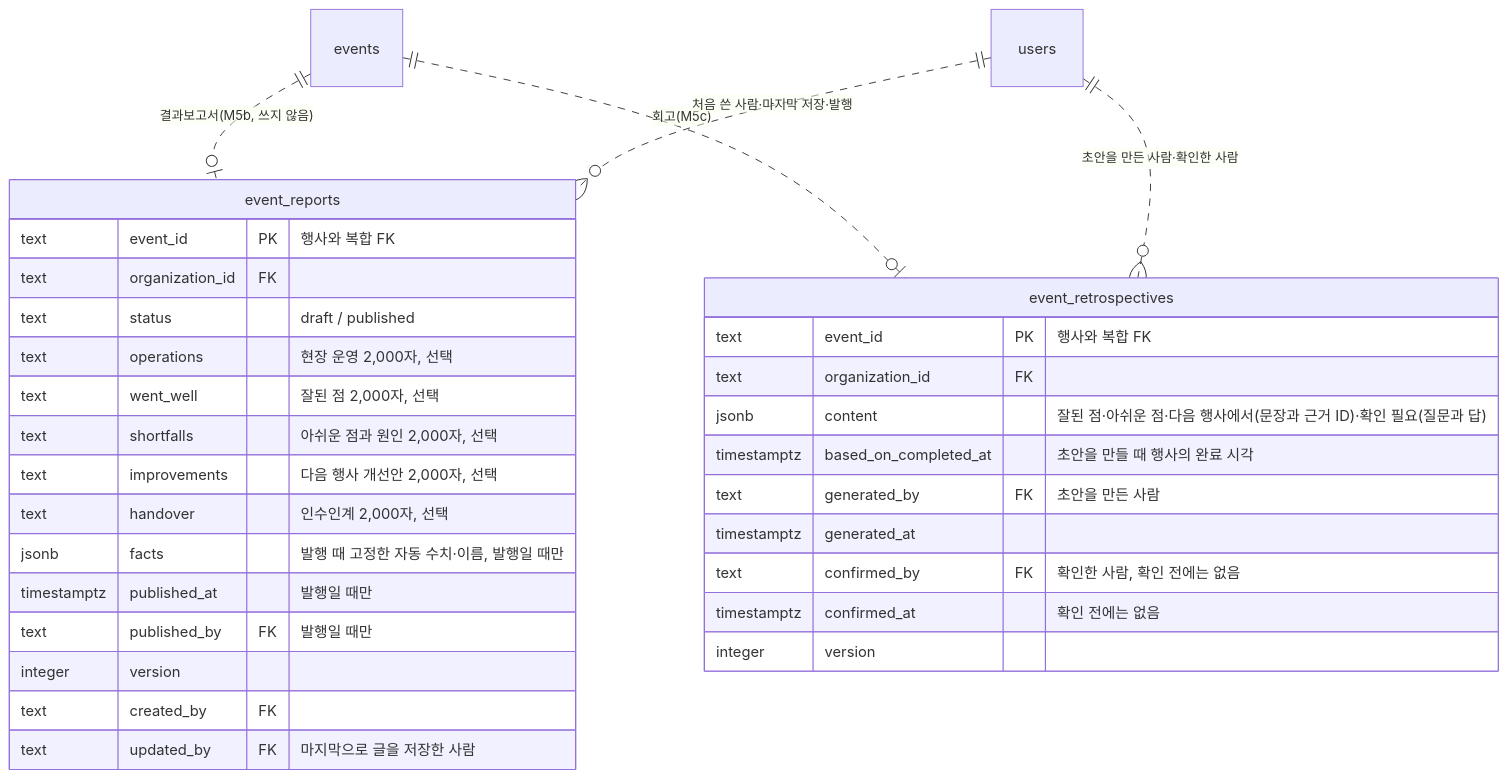
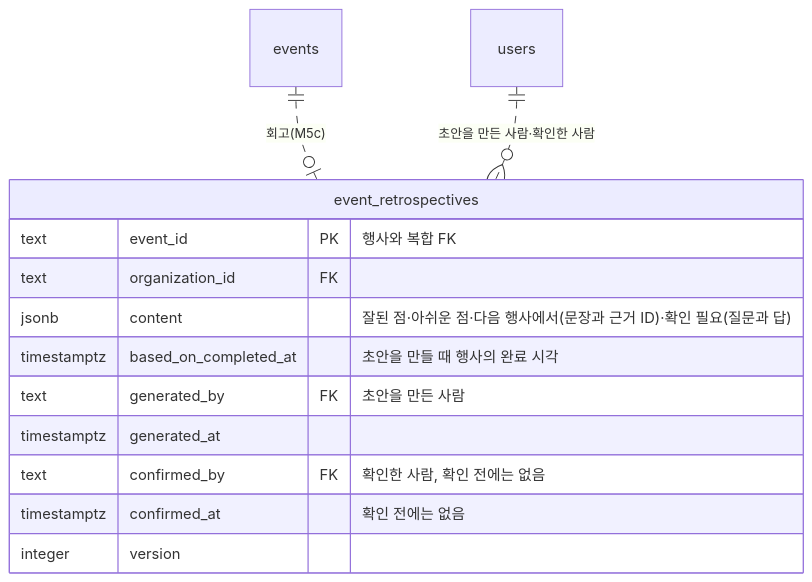
The tenth of 11 diagrams in docs/ERD.md (vada-hq/vada), drawn with Mermaid before and after one commit. The commit also changed other lines of this file and 7 other files, not shown here.

````diff
--- a/docs/ERD.md
+++ b/docs/ERD.md
@@ -581,36 +581,17 @@
 ```mermaid
 erDiagram
-    events ||..o| eventReports : "결과보고서(M5b, 쓰지 않음)"
     events ||..o| eventRetrospectives : "회고(M5c)"
-    users ||..o{ eventReports : "처음 쓴 사람·마지막 저장·발행"
     users ||..o{ eventRetrospectives : "초안을 만든 사람·확인한 사람"
-
-    eventReports["event_reports"] {
-        text event_id PK "행사와 복합 FK"
-        text organization_id FK
-        text status "draft / published"
-        text operations "현장 운영 2,000자, 선택"
-        text went_well "잘된 점 2,000자, 선택"
-        text shortfalls "아쉬운 점과 원인 2,000자, 선택"
-        text improvements "다음 행사 개선안 2,000자, 선택"
-        text handover "인수인계 2,000자, 선택"
-        jsonb facts "발행 때 고정한 자동 수치·이름, 발행일 때만"
-        timestamptz published_at "발행일 때만"
-        text published_by FK "발행일 때만"
-        integer version
-        text created_by FK
-        text updated_by FK "마지막으로 글을 저장한 사람"
-    }
 
     eventRetrospectives["event_retrospectives"] {
         text event_id PK "행사와 복합 FK"
         text organization_id FK
         jsonb content "잘된 점·아쉬운 점·다음 행사에서(문장과 근거 ID)·확인 필요(질문과 답)"
         timestamptz based_on_completed_at "초안을 만들 때 행사의 완료 시각"
         text generated_by FK "초안을 만든 사람"
         timestamptz generated_at
         text confirmed_by FK "확인한 사람, 확인 전에는 없음"
         timestamptz confirmed_at "확인 전에는 없음"
         integer version
     }
 ```
````
